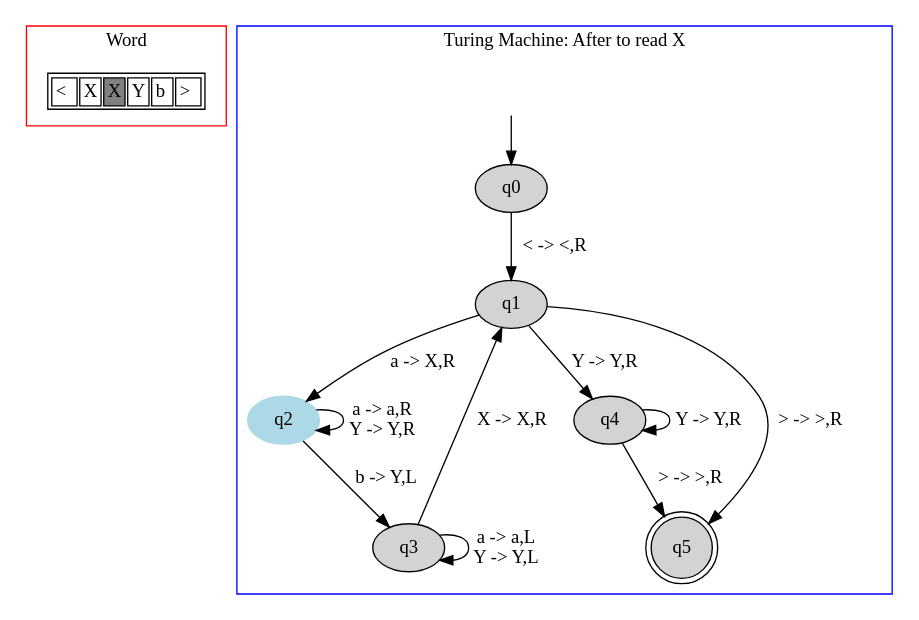
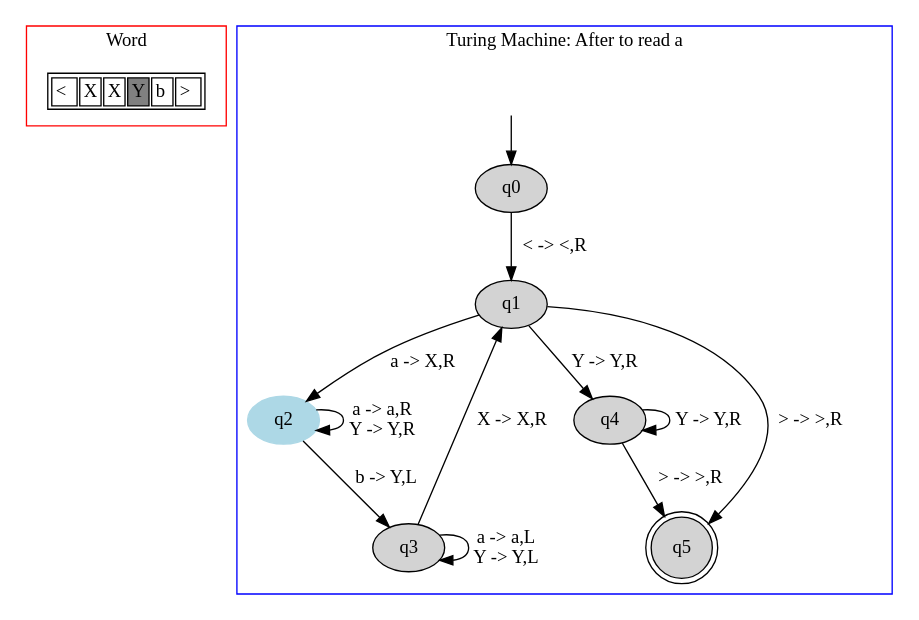
Before and after one commit to danielScLima/turing_machine: the diagram in TM/images/Q1/E2/file8.dot, drawn with Graphviz. The commit also changed 67 other files, not shown here.

```diff
--- a/TM/images/Q1/E2/file8.dot
+++ b/TM/images/Q1/E2/file8.dot
@@ -1,43 +1,43 @@
 digraph G {
 	subgraph cluster_0 {
 		node [shape=plaintext];
 
 struct1 [label=<<TABLE>
 <TR>
 <TD><FONT>&lt;</FONT></TD>
 <TD><FONT>X</FONT></TD>
-<TD BGCOLOR="gray"><FONT>X</FONT></TD>
-<TD><FONT>Y</FONT></TD>
+<TD><FONT>X</FONT></TD>
+<TD BGCOLOR="gray"><FONT>Y</FONT></TD>
 <TD><FONT>b</FONT></TD>
 <TD><FONT>&gt;</FONT></TD>
 </TR>
 </TABLE>>];
 label = "Word";
 color=red;
 }
 	subgraph cluster_1 {
 		node [style=filled];
-		label = "Turing Machine: After to read X"
+		label = "Turing Machine: After to read a"
 		color=blue;
 
 		q0;
 		q1;
 		q2 [color="lightblue"];
 		q3;
 		q4;
 		q5 [shape="doublecircle"];
 		q0->q1[label="< -> <,R"];
 		q1->q2[label="a -> X,R"];
 		q1->q4[label="Y -> Y,R"];
 		q1->q5[label="> -> >,R"];
 		q2->q2[label="a -> a,R
 Y -> Y,R"];
 		q2->q3[label="b -> Y,L"];
 		q3->q1[label="X -> X,R"];
 		q3->q3[label="a -> a,L
 Y -> Y,L"];
 		q4->q4[label="Y -> Y,R"];
 		q4->q5[label="> -> >,R"];
 x [color=white, label=""];		x->q0	}
 
 }
```
